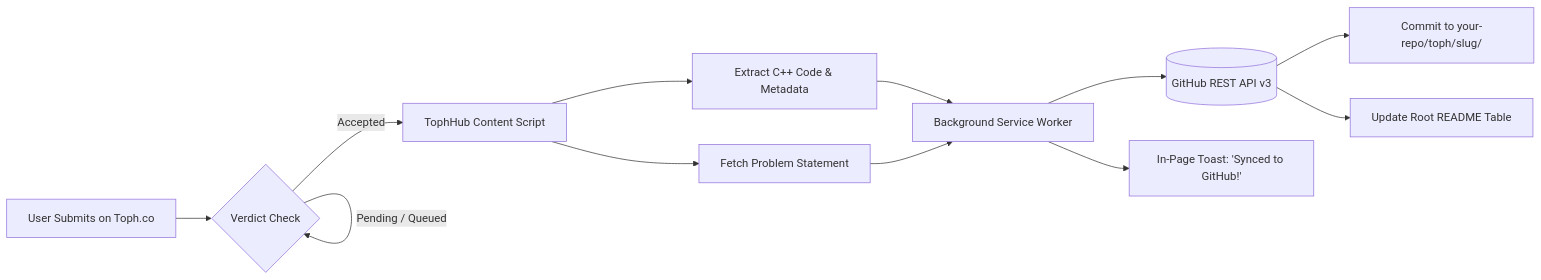
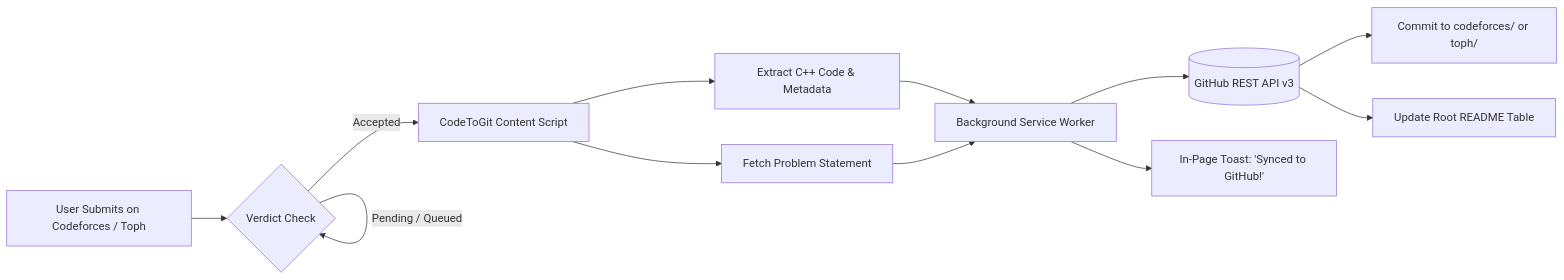
The diagram in README.md (yasir-newb/CodeToGit), drawn with Mermaid before and after one commit. The commit also changed other lines of this file and 29 other files, not shown here.

Commit message:
feat: complete Codeforces multi-platform support, problem extraction, and CodeToGit rebranding

````diff
--- a/README.md
+++ b/README.md
@@ -212,13 +234,13 @@
 ```mermaid
 flowchart LR
-    A[User Submits on Toph.co] --> B{Verdict Check}
+    A[User Submits on Codeforces / Toph] --> B{Verdict Check}
     B -- Pending / Queued --> B
-    B -- Accepted --> C[TophHub Content Script]
+    B -- Accepted --> C[CodeToGit Content Script]
     C --> D[Extract C++ Code & Metadata]
     C --> E[Fetch Problem Statement]
     D & E --> F[Background Service Worker]
     F --> G[(GitHub REST API v3)]
-    G --> H[Commit to your-repo/toph/slug/]
+    G --> H[Commit to codeforces/ or toph/]
     G --> I[Update Root README Table]
     F --> J[In-Page Toast: 'Synced to GitHub!']
 ```
````
